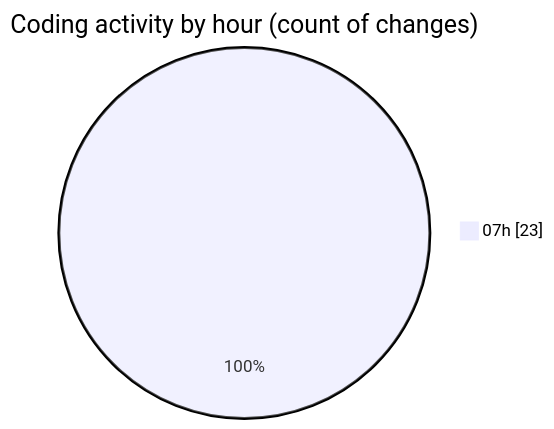
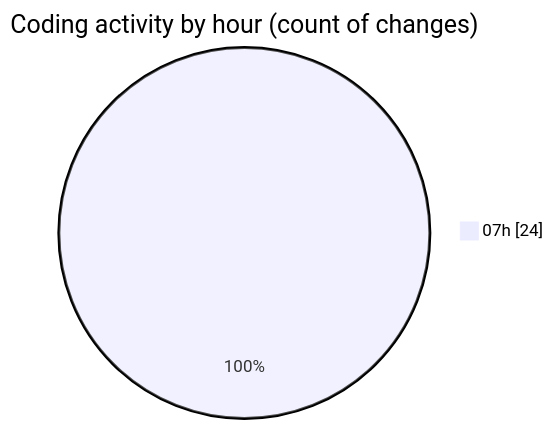
Before and after one commit to vahidmafi/code-tracking: the second of 2 diagrams in 2025-10-04/shop/README.md, drawn with Mermaid. The commit also changed other lines of this file and 1 other file, not shown here.

````diff
--- a/2025-10-04/shop/README.md
+++ b/2025-10-04/shop/README.md
@@ -32,5 +32,5 @@
 ```mermaid
 pie showData
 title Coding activity by hour (count of changes)
-"07h" : 23
+"07h" : 24
 ```
````
